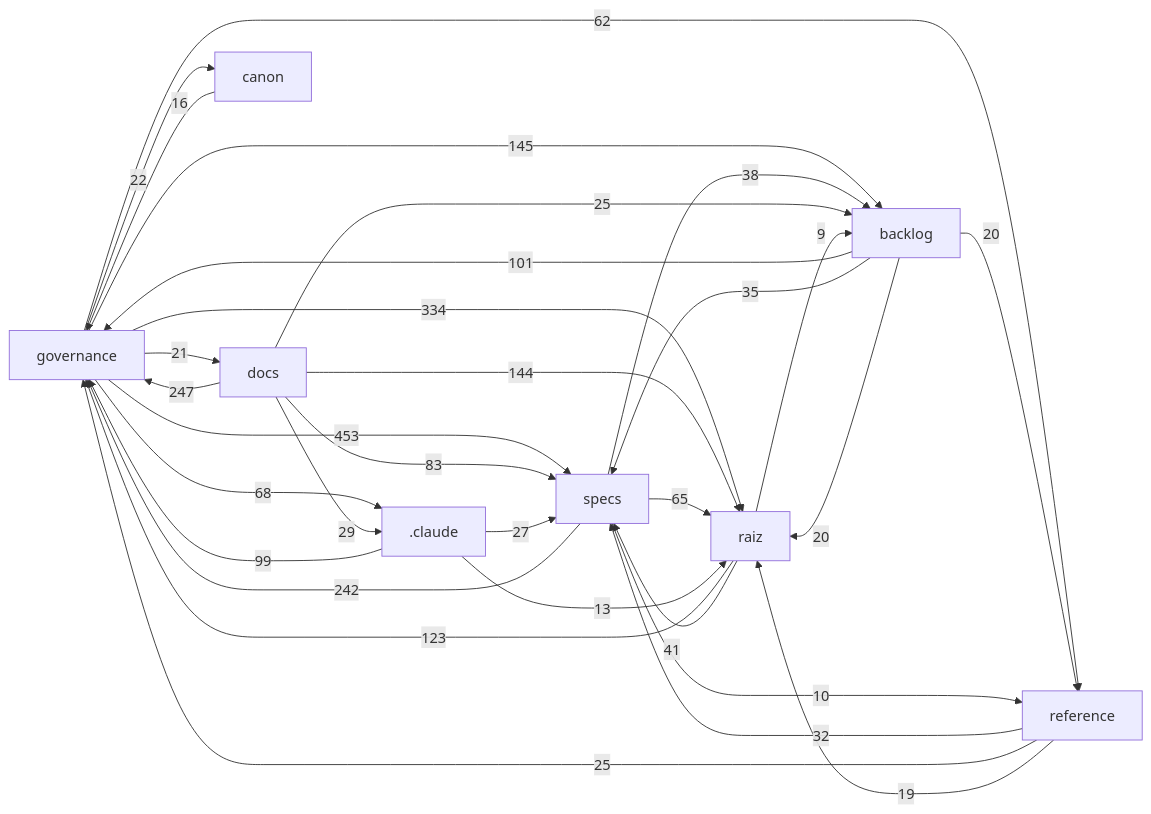
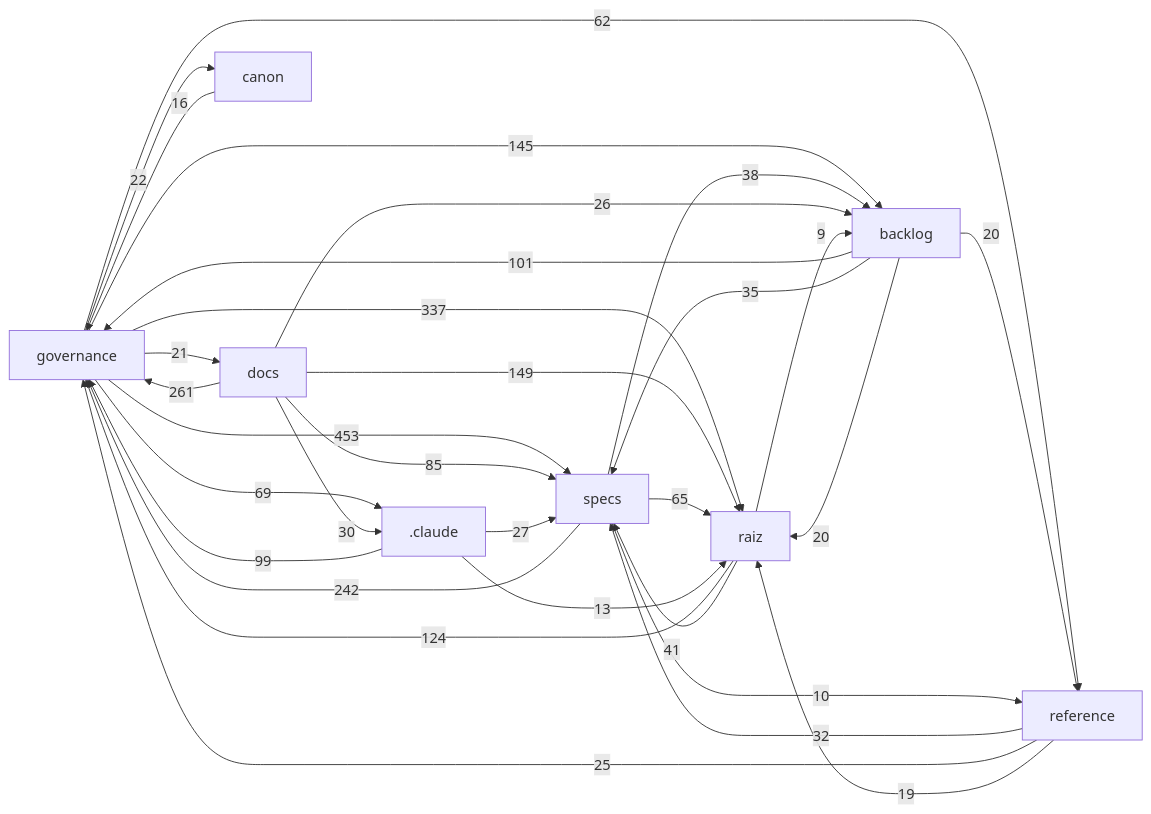
The diagram in docs/mapa/MAPA-PROJETO.md (Andraus35/Sistema-Operacional-de-Trading--SOT), drawn with Mermaid before and after one commit. The commit also changed other lines of this file and 9 other files, not shown here.

````diff
--- a/docs/mapa/MAPA-PROJETO.md
+++ b/docs/mapa/MAPA-PROJETO.md
@@ -29,33 +29,33 @@
 ```mermaid
 flowchart LR
   governance["governance"] -->|453| specs["specs"]
-  governance["governance"] -->|334| raiz["raiz"]
-  docs["docs"] -->|247| governance["governance"]
+  governance["governance"] -->|337| raiz["raiz"]
+  docs["docs"] -->|261| governance["governance"]
   specs["specs"] -->|242| governance["governance"]
+  docs["docs"] -->|149| raiz["raiz"]
   governance["governance"] -->|145| backlog["backlog"]
-  docs["docs"] -->|144| raiz["raiz"]
-  raiz["raiz"] -->|123| governance["governance"]
+  raiz["raiz"] -->|124| governance["governance"]
   backlog["backlog"] -->|101| governance["governance"]
   _claude[".claude"] -->|99| governance["governance"]
-  docs["docs"] -->|83| specs["specs"]
-  governance["governance"] -->|68| _claude[".claude"]
+  docs["docs"] -->|85| specs["specs"]
+  governance["governance"] -->|69| _claude[".claude"]
   specs["specs"] -->|65| raiz["raiz"]
   governance["governance"] -->|62| reference["reference"]
   raiz["raiz"] -->|41| specs["specs"]
   specs["specs"] -->|38| backlog["backlog"]
   backlog["backlog"] -->|35| specs["specs"]
   reference["reference"] -->|32| specs["specs"]
-  docs["docs"] -->|29| _claude[".claude"]
+  docs["docs"] -->|30| _claude[".claude"]
   _claude[".claude"] -->|27| specs["specs"]
-  docs["docs"] -->|25| backlog["backlog"]
+  docs["docs"] -->|26| backlog["backlog"]
   reference["reference"] -->|25| governance["governance"]
   governance["governance"] -->|22| canon["canon"]
   governance["governance"] -->|21| docs["docs"]
   backlog["backlog"] -->|20| raiz["raiz"]
   backlog["backlog"] -->|20| reference["reference"]
   reference["reference"] -->|19| raiz["raiz"]
   canon["canon"] -->|16| governance["governance"]
   _claude[".claude"] -->|13| raiz["raiz"]
   specs["specs"] -->|10| reference["reference"]
   raiz["raiz"] -->|9| backlog["backlog"]
 ```
````
